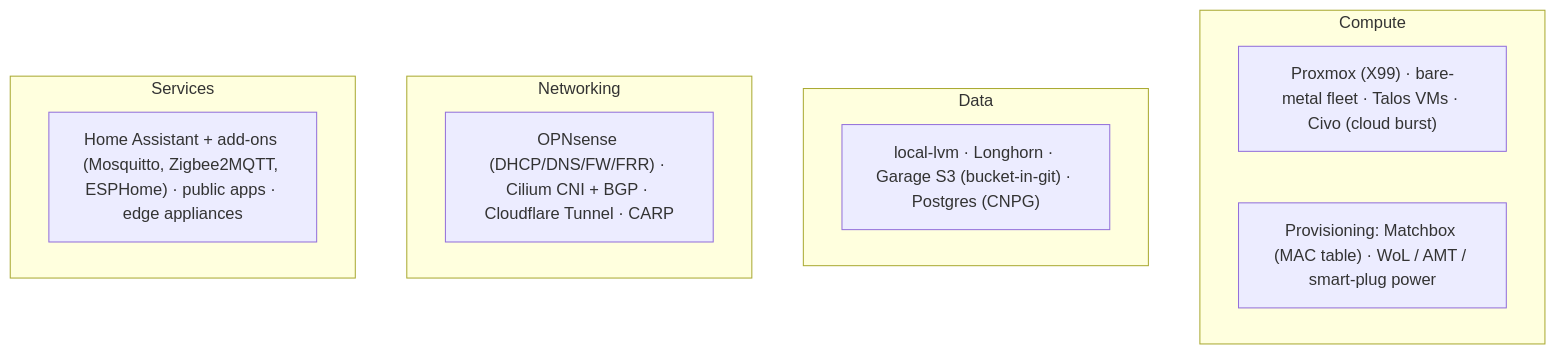
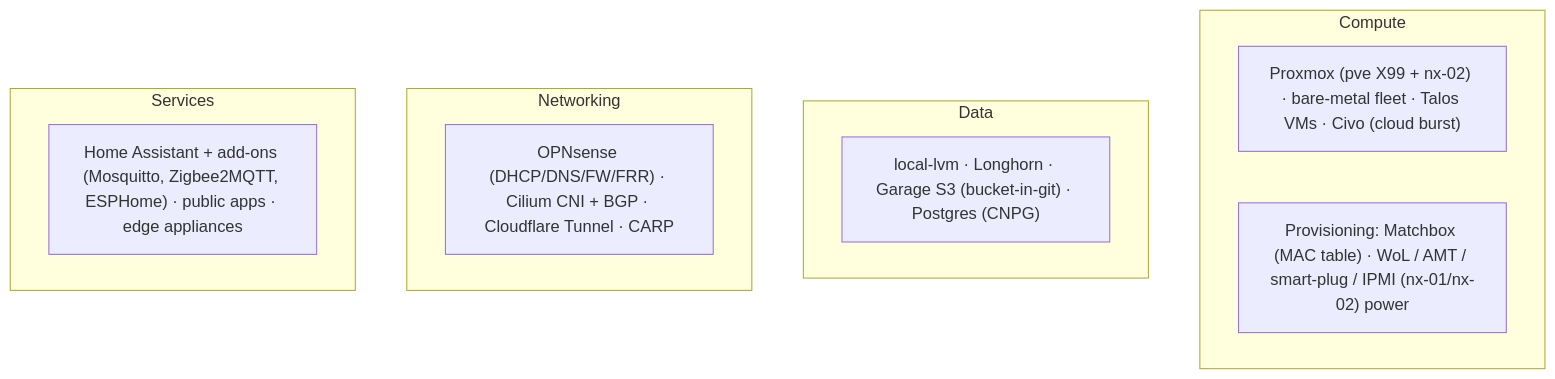
Before and after one commit to teststuffstash/homelab: the fourth of 6 diagrams in ARCHITECTURE.md, drawn with Mermaid. The commit also changed other lines of this file and 3 other files, not shown here.

First line of the commit message:
docs: fact-check root docs — overtaken statuses (ROADMAP, ARCHITECTURE, docs/README, glossary)

````diff
--- a/ARCHITECTURE.md
+++ b/ARCHITECTURE.md
@@ -87,16 +87,16 @@
 ```mermaid
 flowchart TB
     subgraph COMPUTE["Compute"]
-        C1["Proxmox (X99) · bare-metal fleet · Talos VMs · Civo (cloud burst)"]
-        C2["Provisioning: Matchbox (MAC table) · WoL / AMT / smart-plug power"]
+        C1["Proxmox (pve X99 + nx-02) · bare-metal fleet · Talos VMs · Civo (cloud burst)"]
+        C2["Provisioning: Matchbox (MAC table) · WoL / AMT / smart-plug / IPMI (nx-01/nx-02) power"]
     end
     subgraph DATA["Data"]
         D1["local-lvm · Longhorn · Garage S3 (bucket-in-git) · Postgres (CNPG)"]
     end
     subgraph NET["Networking"]
         N1["OPNsense (DHCP/DNS/FW/FRR) · Cilium CNI + BGP · Cloudflare Tunnel · CARP"]
     end
     subgraph SVC["Services"]
         S1["Home Assistant + add-ons (Mosquitto, Zigbee2MQTT, ESPHome) · public apps · edge appliances"]
     end
 ```
````
